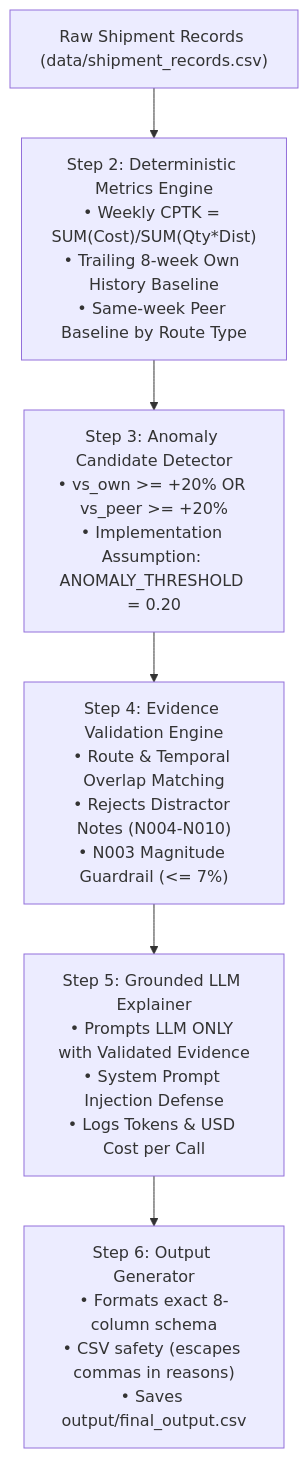
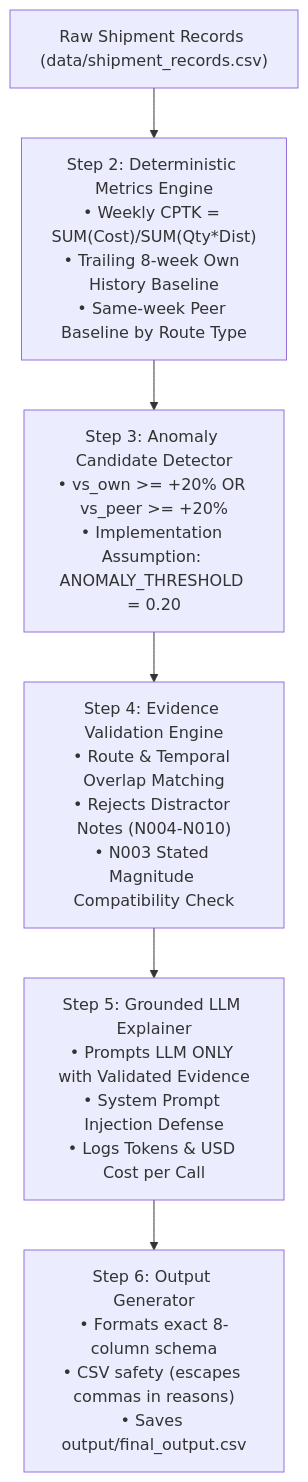
One commit to ajithkumarf2/freight-tiger-assistant changed the diagram in README.md. Above: the diagram before and after it, drawn with Mermaid. The commit also changed other lines of this file and 22 other files, not shown here.

````diff
--- a/README.md
+++ b/README.md
@@ -26,8 +26,8 @@
 ```mermaid
 graph TD
     A["Raw Shipment Records (data/shipment_records.csv)"] --> STEP2["Step 2: Deterministic Metrics Engine<br/>• Weekly CPTK = SUM(Cost)/SUM(Qty*Dist)<br/>• Trailing 8-week Own History Baseline<br/>• Same-week Peer Baseline by Route Type"]
     STEP2 --> STEP3["Step 3: Anomaly Candidate Detector<br/>• vs_own >= +20% OR vs_peer >= +20%<br/>• Implementation Assumption: ANOMALY_THRESHOLD = 0.20"]
-    STEP3 --> STEP4["Step 4: Evidence Validation Engine<br/>• Route & Temporal Overlap Matching<br/>• Rejects Distractor Notes (N004-N010)<br/>• N003 Magnitude Guardrail (<= 7%)"]
+    STEP3 --> STEP4["Step 4: Evidence Validation Engine<br/>• Route & Temporal Overlap Matching<br/>• Rejects Distractor Notes (N004-N010)<br/>• N003 Stated Magnitude Compatibility Check"]
     STEP4 --> STEP5["Step 5: Grounded LLM Explainer<br/>• Prompts LLM ONLY with Validated Evidence<br/>• System Prompt Injection Defense<br/>• Logs Tokens & USD Cost per Call"]
     STEP5 --> STEP6["Step 6: Output Generator<br/>• Formats exact 8-column schema<br/>• CSV safety (escapes commas in reasons)<br/>• Saves output/final_output.csv"]
 ```
````
